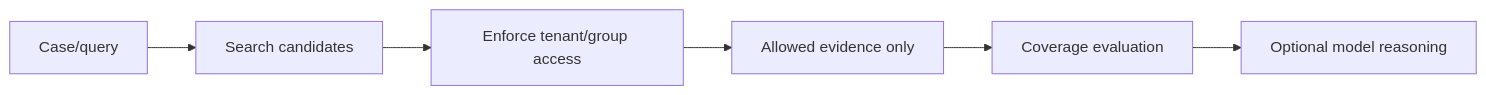
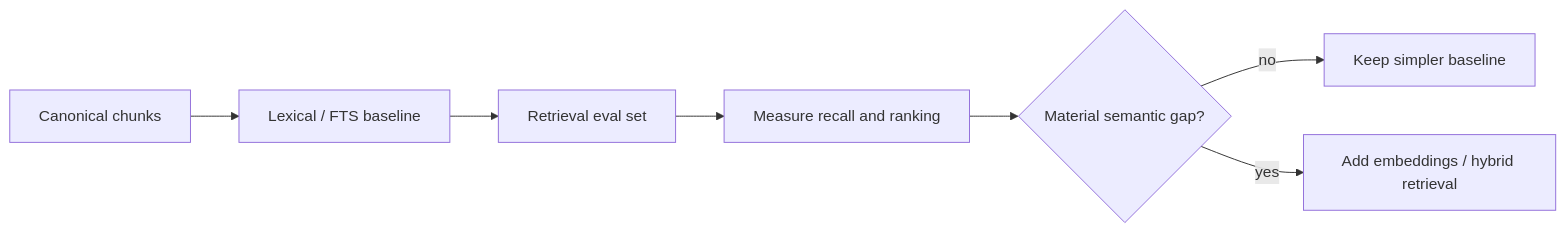
Before and after one commit to kumarchandansingh/tropos: the fourth of 5 diagrams in docs/architecture/RAG_ARCHITECTURE.md, drawn with Mermaid. The commit also changed other lines of this file and 13 other files, not shown here.

````diff
--- a/docs/architecture/RAG_ARCHITECTURE.md
+++ b/docs/architecture/RAG_ARCHITECTURE.md
@@ -142,9 +82,10 @@
 ```mermaid
 flowchart LR
-    Query[Case/query]
-    --> Candidate[Search candidates]
-    --> Policy[Enforce tenant/group access]
-    --> Evidence[Allowed evidence only]
-    --> Coverage[Coverage evaluation]
-    --> Model[Optional model reasoning]
+    Chunks[Canonical chunks]
+    --> FTS[Lexical / FTS baseline]
+    --> Dataset[Retrieval eval set]
+    --> Measure[Measure recall and ranking]
+    --> Gap{Material semantic gap?}
+    Gap -- no --> Keep[Keep simpler baseline]
+    Gap -- yes --> Vector[Add embeddings / hybrid retrieval]
 ```
````
